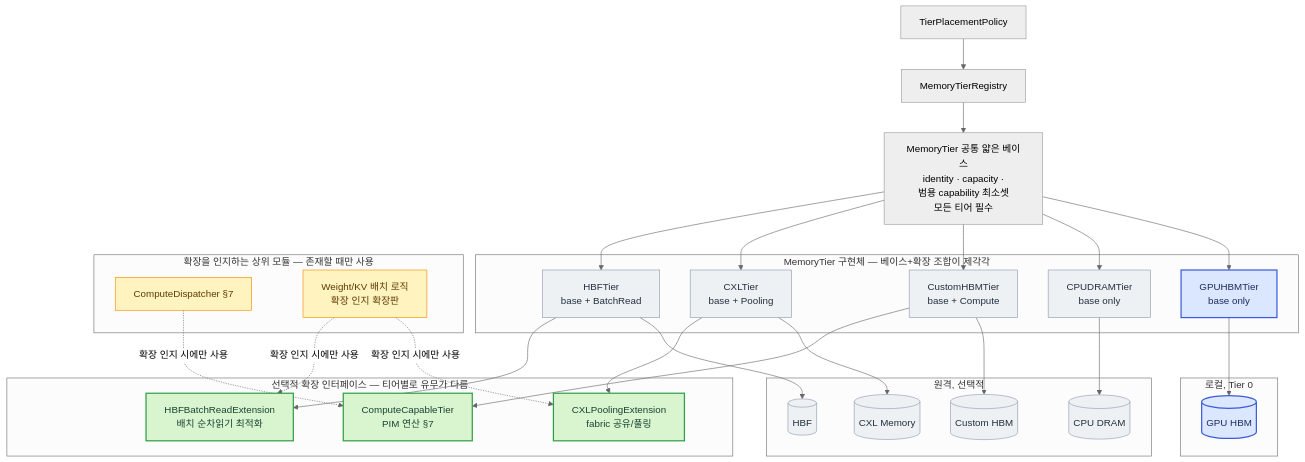
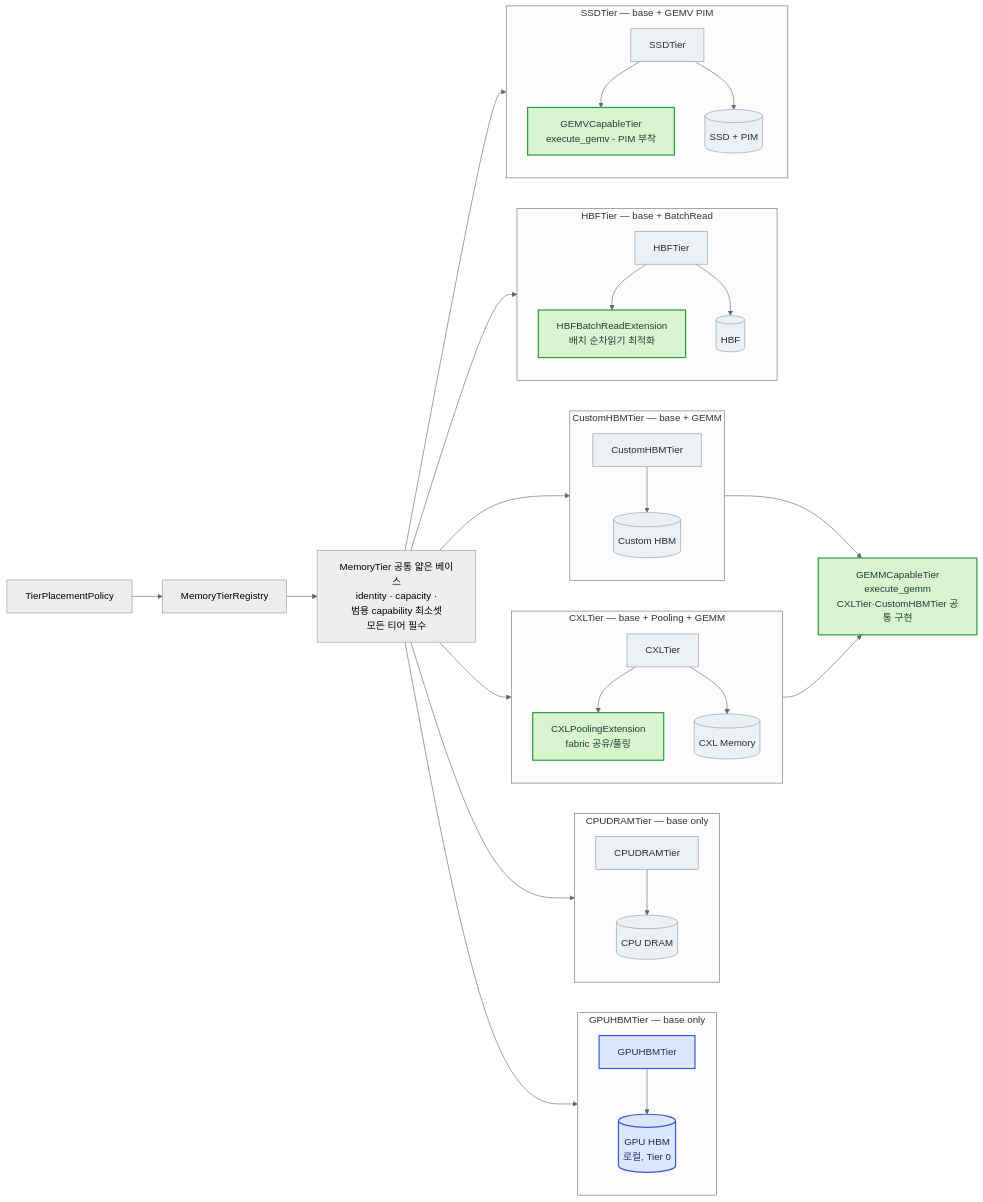
One commit to mkim0628/vllm changed the fourth of 8 diagrams in doc-mk/vllm-memory-abstraction-level-candidates.md. Above: the diagram before and after it, drawn with Mermaid (neutral theme). The commit also changed other lines of this file, not shown here.

Commit message:
docs: redraw DP-1 Candidate 2 module view, add SSD tier with GEMV/PIM
Restructure §4.2's module view from two separately-laid-out rows (base
tiers row + extension interfaces row, connected by crossing arrows) into
one subgraph per tier, so each tier's box directly shows its own base +
extension composition and physical device, with no lines needing to be
traced across the diagram to see what extends what.

Add SSDTier to the tier set, motivated by a concrete asymmetry among
compute-capable tiers: CXLTier and CustomHBMTier both support GEMM
(sharing one GEMMCapableTier interface, drawn as the single node shared
between their two subgraphs), while SSDTier has PIM attached and only
supports GEMV, requiring a separate GEMVCapableTier interface. This
replaces the old single generic ComputeCapableTier placeholder with a
concrete illustration of Candidate 2's "interface per capability shape"
principle, and makes CXLTier's two simultaneous extensions (Pooling +
GEMM) visible as a real multi-extension example.

````diff
--- a/doc-mk/vllm-memory-abstraction-level-candidates.md
+++ b/doc-mk/vllm-memory-abstraction-level-candidates.md
@@ -308,59 +308,71 @@
 ```mermaid
-graph TD
-    TPP["TierPlacementPolicy"]
-    REGISTRY["MemoryTierRegistry"]
-    BASE["MemoryTier 공통 얇은 베이스<br/>identity · capacity ·<br/>범용 capability 최소셋<br/>모든 티어 필수"]
+graph LR
+    TPP["TierPlacementPolicy"] --> REGISTRY["MemoryTierRegistry"] --> BASE["MemoryTier 공통 얇은 베이스<br/>identity · capacity ·<br/>범용 capability 최소셋<br/>모든 티어 필수"]
 
-    subgraph EXT["선택적 확장 인터페이스 — 티어별로 유무가 다름"]
-        POOLEXT["CXLPoolingExtension<br/>fabric 공유/풀링"]
-        COMPUTEEXT["ComputeCapableTier<br/>PIM 연산 §7"]
-        BATCHEXT["HBFBatchReadExtension<br/>배치 순차읽기 최적화"]
+    subgraph G1["GPUHBMTier — base only"]
+        direction TB
+        GPUHBM["GPUHBMTier"]
+        HBM_PHYS[("GPU HBM<br/>로컬, Tier 0")]
+        GPUHBM --> HBM_PHYS
     end
 
-    subgraph PLUGINS["MemoryTier 구현체 — 베이스+확장 조합이 제각각"]
-        GPUHBM["GPUHBMTier<br/>base only"]
-        DRAMT["CPUDRAMTier<br/>base only"]
-        CUSTOMT["CustomHBMTier<br/>base + Compute"]
-        CXLT["CXLTier<br/>base + Pooling"]
-        HBFT["HBFTier<br/>base + BatchRead"]
+    subgraph G2["CPUDRAMTier — base only"]
+        direction TB
+        DRAMT["CPUDRAMTier"]
+        DRAM_PHYS[("CPU DRAM")]
+        DRAMT --> DRAM_PHYS
     end
 
-    subgraph UPPER["확장을 인지하는 상위 모듈 — 존재할 때만 사용"]
-        DISPATCHER["ComputeDispatcher §7"]
-        WPLACE["Weight/KV 배치 로직<br/>확장 인지 확장판"]
+    subgraph G3["CXLTier — base + Pooling + GEMM"]
+        direction TB
+        CXLT["CXLTier"]
+        POOLEXT["CXLPoolingExtension<br/>fabric 공유/풀링"]
+        CXL_PHYS[("CXL Memory")]
+        CXLT --> POOLEXT
+        CXLT --> CXL_PHYS
     end
 
-    subgraph PHYS_LOCAL["로컬, Tier 0"]
-        HBM_PHYS[("GPU HBM")]
-    end
-    subgraph PHYS_REMOTE["원격, 선택적"]
-        DRAM_PHYS[("CPU DRAM")]
+    GEMMEXT["GEMMCapableTier<br/>execute_gemm<br/>CXLTier·CustomHBMTier 공통 구현"]
+
+    subgraph G4["CustomHBMTier — base + GEMM"]
+        direction TB
+        CUSTOMT["CustomHBMTier"]
         CUSTOM_PHYS[("Custom HBM")]
-        CXL_PHYS[("CXL Memory")]
-        HBF_PHYS[("HBF")]
+        CUSTOMT --> CUSTOM_PHYS
     end
 
-    TPP --> REGISTRY --> BASE
-    BASE --> GPUHBM --> HBM_PHYS
-    BASE --> DRAMT --> DRAM_PHYS
-    BASE --> CUSTOMT --> CUSTOM_PHYS
-    BASE --> CXLT --> CXL_PHYS
-    BASE --> HBFT --> HBF_PHYS
+    subgraph G5["HBFTier — base + BatchRead"]
+        direction TB
+        HBFT["HBFTier"]
+        BATCHEXT["HBFBatchReadExtension<br/>배치 순차읽기 최적화"]
+        HBF_PHYS[("HBF")]
+        HBFT --> BATCHEXT
+        HBFT --> HBF_PHYS
+    end
 
-    CUSTOMT --> COMPUTEEXT
-    CXLT --> POOLEXT
-    HBFT --> BATCHEXT
+    subgraph G6["SSDTier — base + GEMV PIM"]
+        direction TB
+        SSDT["SSDTier"]
+        GEMVEXT["GEMVCapableTier<br/>execute_gemv - PIM 부착"]
+        SSD_PHYS[("SSD + PIM")]
+        SSDT --> GEMVEXT
+        SSDT --> SSD_PHYS
+    end
 
-    DISPATCHER -. "확장 인지 시에만 사용" .-> COMPUTEEXT
-    WPLACE -. "확장 인지 시에만 사용" .-> POOLEXT
-    WPLACE -. "확장 인지 시에만 사용" .-> BATCHEXT
+    BASE --> GPUHBM
+    BASE --> DRAMT
+    BASE --> CXLT
+    BASE --> CUSTOMT
+    BASE --> HBFT
+    BASE --> SSDT
+
+    CXLT --> GEMMEXT
+    CUSTOMT --> GEMMEXT
 
     classDef localMem fill:#dbe7ff,stroke:#3b5bdb,color:#1c2b5e,stroke-width:2px;
     classDef remoteMem fill:#eef1f4,stroke:#8d99ae,color:#22303e,stroke-width:1px;
     classDef extBox fill:#d8f5d0,stroke:#2f9e44,color:#1b4332,stroke-width:2px;
-    classDef upperBox fill:#fff3bf,stroke:#f08c00,color:#5c3c00,stroke-width:1px;
     class HBM_PHYS,GPUHBM localMem
-    class DRAM_PHYS,CUSTOM_PHYS,CXL_PHYS,HBF_PHYS,DRAMT,CUSTOMT,CXLT,HBFT remoteMem
-    class POOLEXT,COMPUTEEXT,BATCHEXT extBox
-    class DISPATCHER,WPLACE upperBox
+    class DRAM_PHYS,CXL_PHYS,CUSTOM_PHYS,HBF_PHYS,SSD_PHYS,DRAMT,CXLT,CUSTOMT,HBFT,SSDT remoteMem
+    class POOLEXT,GEMMEXT,BATCHEXT,GEMVEXT extBox
 ```
````
